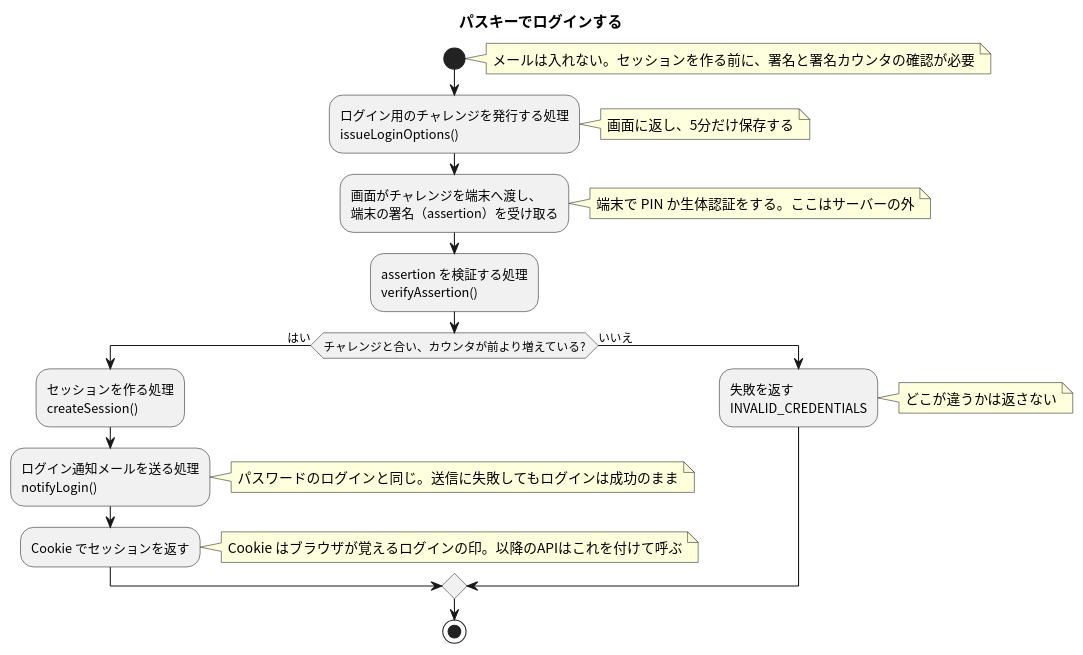
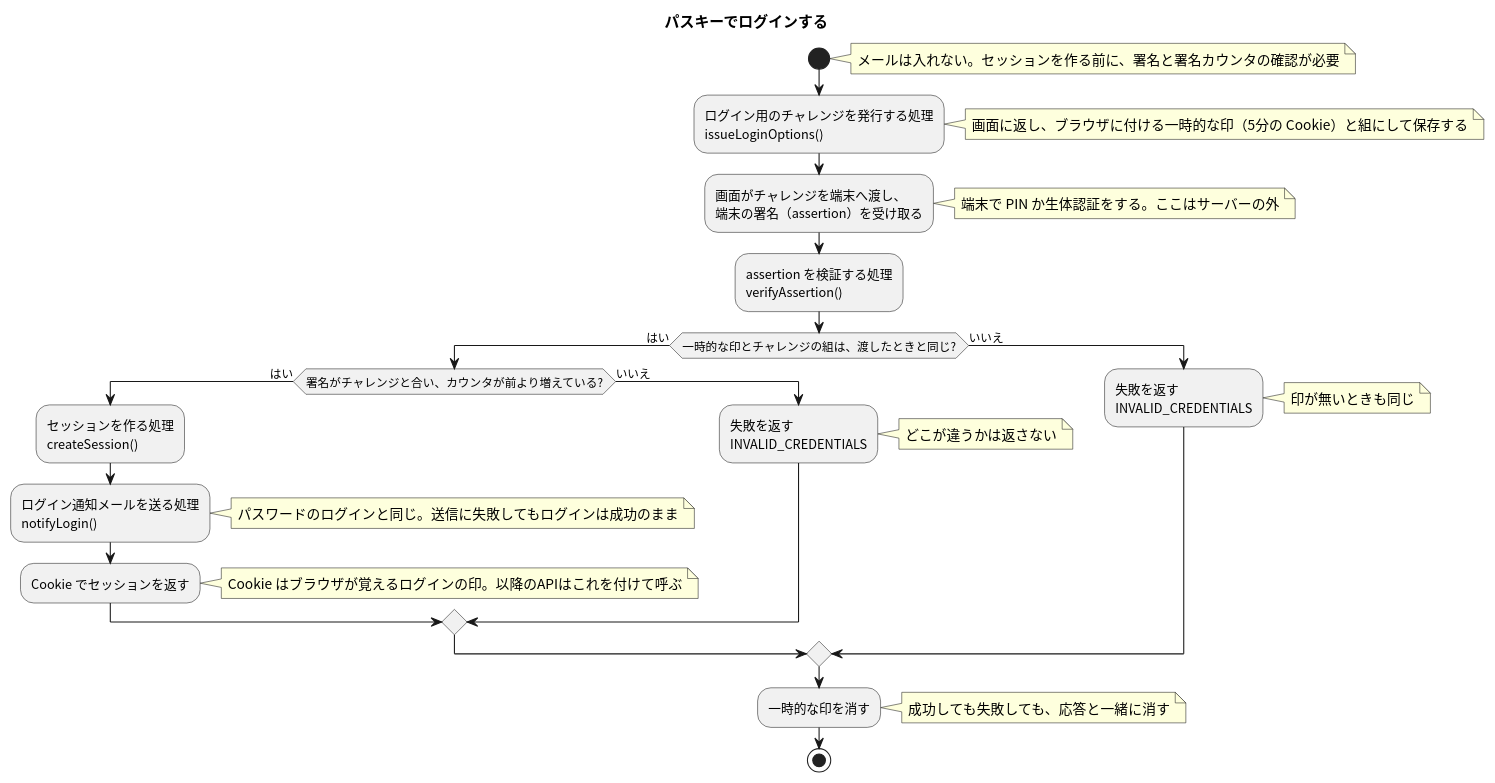
The diagram in apis/login-passkey/flow.puml (masamasamasato/design-doc-template), drawn with PlantUML before and after one commit. The commit also changed 17 other files, not shown here.

```diff
--- a/apis/login-passkey/flow.puml
+++ b/apis/login-passkey/flow.puml
@@ -3,26 +3,33 @@
 @startuml
 skinparam shadowing false
 skinparam defaultFontName "Noto Sans CJK JP"
 skinparam ActivityFontName "Noto Sans CJK JP"
 
 title パスキーでログインする
 
 start
 note right: メールは入れない。セッションを作る前に、署名と署名カウンタの確認が必要
 :ログイン用のチャレンジを発行する処理\nissueLoginOptions();
-note right: 画面に返し、5分だけ保存する
+note right: 画面に返し、ブラウザに付ける一時的な印（5分の Cookie）と組にして保存する
 :画面がチャレンジを端末へ渡し、\n端末の署名（assertion）を受け取る;
 note right: 端末で PIN か生体認証をする。ここはサーバーの外
 :assertion を検証する処理\nverifyAssertion();
-if (チャレンジと合い、カウンタが前より増えている?) then (はい)
-  :セッションを作る処理\ncreateSession();
-  :ログイン通知メールを送る処理\nnotifyLogin();
-  note right: パスワードのログインと同じ。送信に失敗してもログインは成功のまま
-  :Cookie でセッションを返す;
-  note right: Cookie はブラウザが覚えるログインの印。以降のAPIはこれを付けて呼ぶ
+if (一時的な印とチャレンジの組は、渡したときと同じ?) then (はい)
+  if (署名がチャレンジと合い、カウンタが前より増えている?) then (はい)
+    :セッションを作る処理\ncreateSession();
+    :ログイン通知メールを送る処理\nnotifyLogin();
+    note right: パスワードのログインと同じ。送信に失敗してもログインは成功のまま
+    :Cookie でセッションを返す;
+    note right: Cookie はブラウザが覚えるログインの印。以降のAPIはこれを付けて呼ぶ
+  else (いいえ)
+    :失敗を返す\nINVALID_CREDENTIALS;
+    note right: どこが違うかは返さない
+  endif
 else (いいえ)
   :失敗を返す\nINVALID_CREDENTIALS;
-  note right: どこが違うかは返さない
+  note right: 印が無いときも同じ
 endif
+:一時的な印を消す;
+note right: 成功しても失敗しても、応答と一緒に消す
 stop
 @enduml
```
